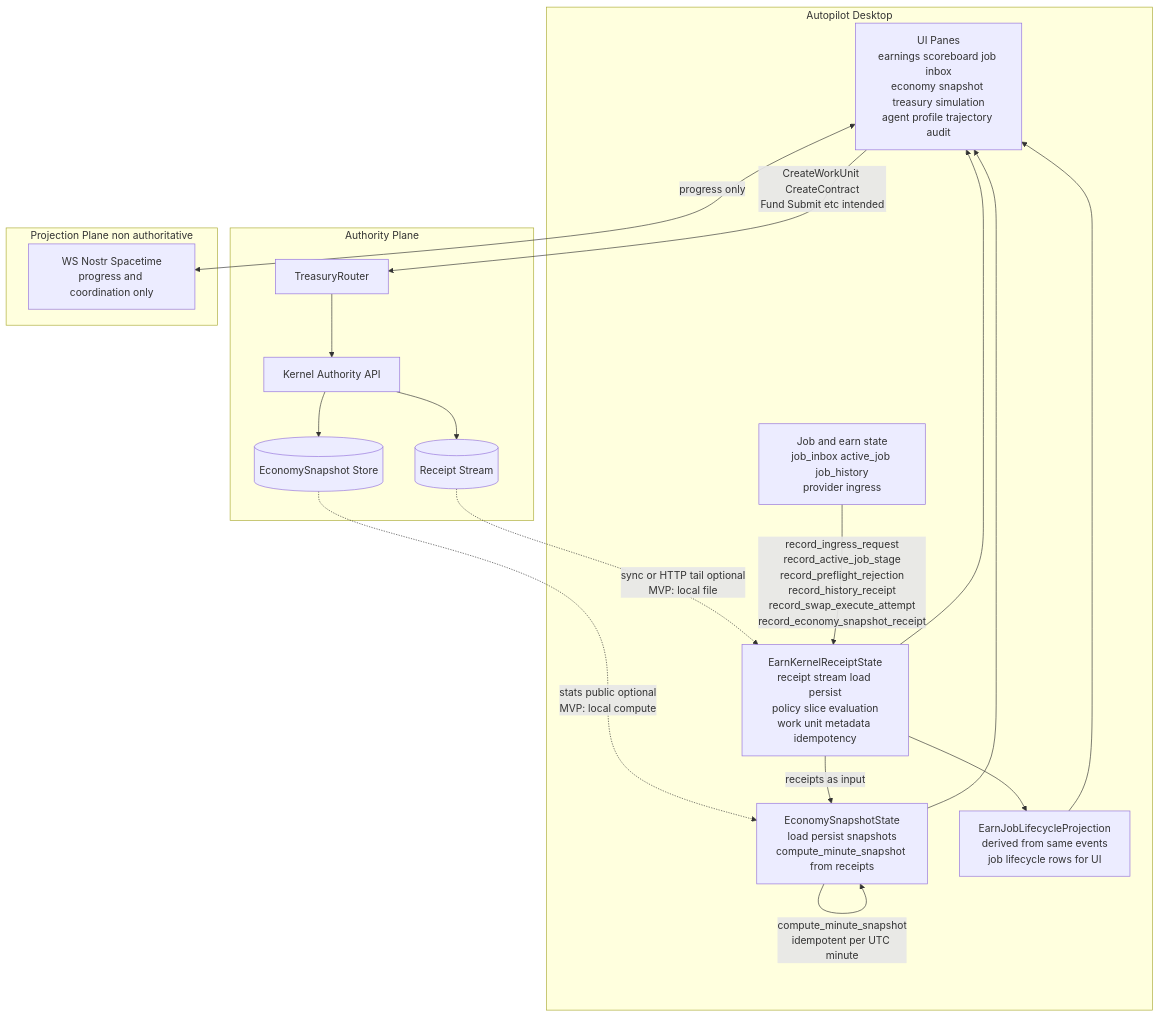
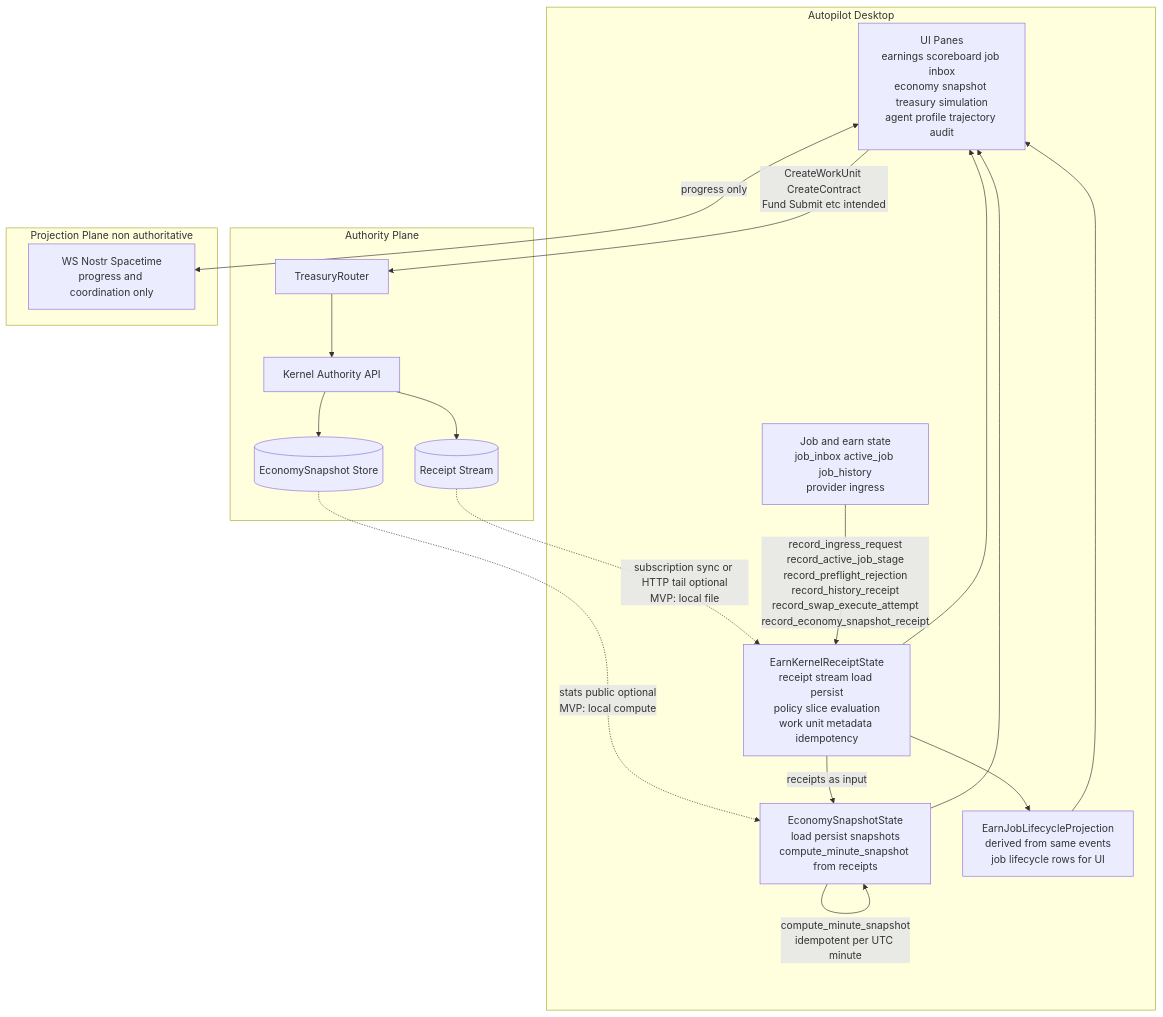
Before and after one commit to OpenAgentsInc/openagents: the eighth of 8 diagrams in docs/plans/diagram.md, drawn with Mermaid. The commit also changed other lines of this file and 2 other files, not shown here.

````diff
--- a/docs/plans/diagram.md
+++ b/docs/plans/diagram.md
@@ -568,43 +627,43 @@
 ```mermaid
 flowchart TB
   subgraph AP[Autopilot Desktop]
     UI[UI Panes<br/>earnings scoreboard job inbox<br/>economy snapshot treasury simulation<br/>agent profile trajectory audit]
     EKR[EarnKernelReceiptState<br/>receipt stream load persist<br/>policy slice evaluation<br/>work unit metadata idempotency]
     ESN[EconomySnapshotState<br/>load persist snapshots<br/>compute_minute_snapshot from receipts]
     EJP[EarnJobLifecycleProjection<br/>derived from same events<br/>job lifecycle rows for UI]
     JOB[Job and earn state<br/>job_inbox active_job job_history<br/>provider ingress]
   end
 
   subgraph AUTH[Authority Plane]
     TR[TreasuryRouter]
     K[Kernel Authority API]
     RS[(Receipt Stream)]
     SS[(EconomySnapshot Store)]
   end
 
   subgraph PROJ[Projection Plane non authoritative]
     WS[WS Nostr Spacetime<br/>progress and coordination only]
   end
 
   %% User actions: future HTTP commands to kernel
   UI -->|CreateWorkUnit CreateContract<br/>Fund Submit etc intended| TR
   TR --> K
   K --> RS
   K --> SS
 
   %% Receipt stream and snapshot: where they come from
-  RS -.->|sync or HTTP tail optional<br/>MVP: local file| EKR
+  RS -.->|subscription sync or HTTP tail optional<br/>MVP: local file| EKR
   SS -.->|stats public optional<br/>MVP: local compute| ESN
   EKR -->|receipts as input| ESN
   ESN -->|compute_minute_snapshot<br/>idempotent per UTC minute| ESN
 
   %% Local recording: app emits receipts for job lifecycle
   JOB -->|record_ingress_request<br/>record_active_job_stage<br/>record_preflight_rejection<br/>record_history_receipt<br/>record_swap_execute_attempt<br/>record_economy_snapshot_receipt| EKR
   EKR --> EJP
   EKR --> UI
   ESN --> UI
   EJP --> UI
 
   %% Progress only
   UI <-->|progress only| WS
 ```
````
